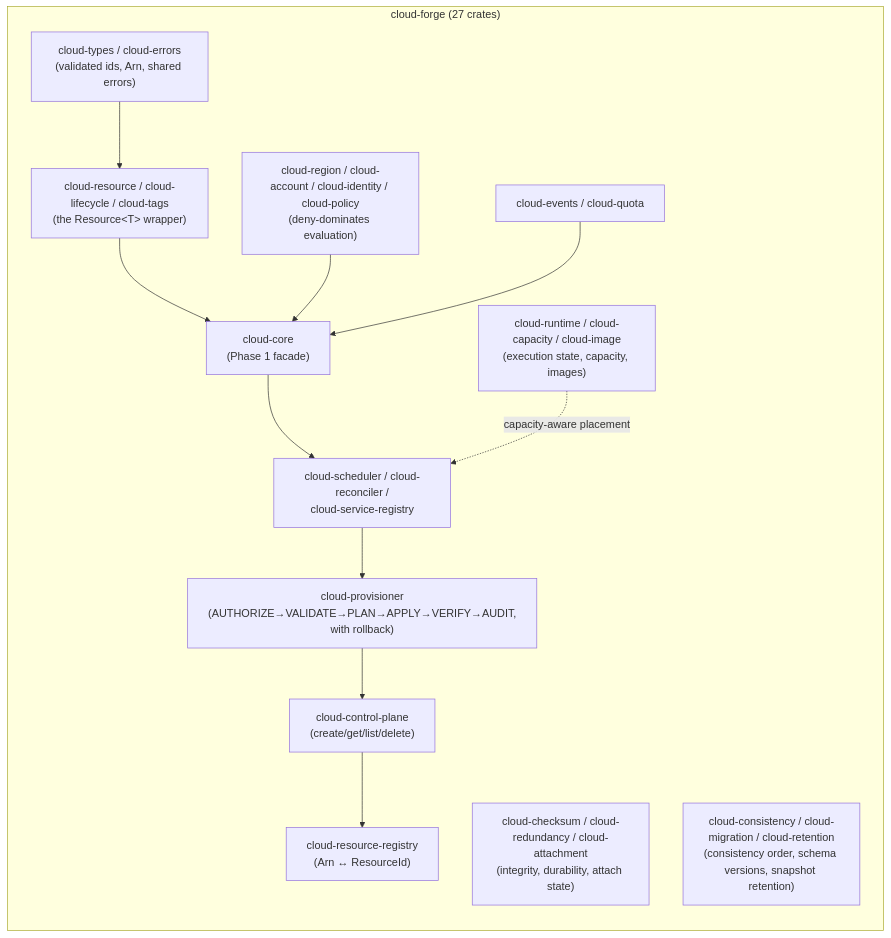
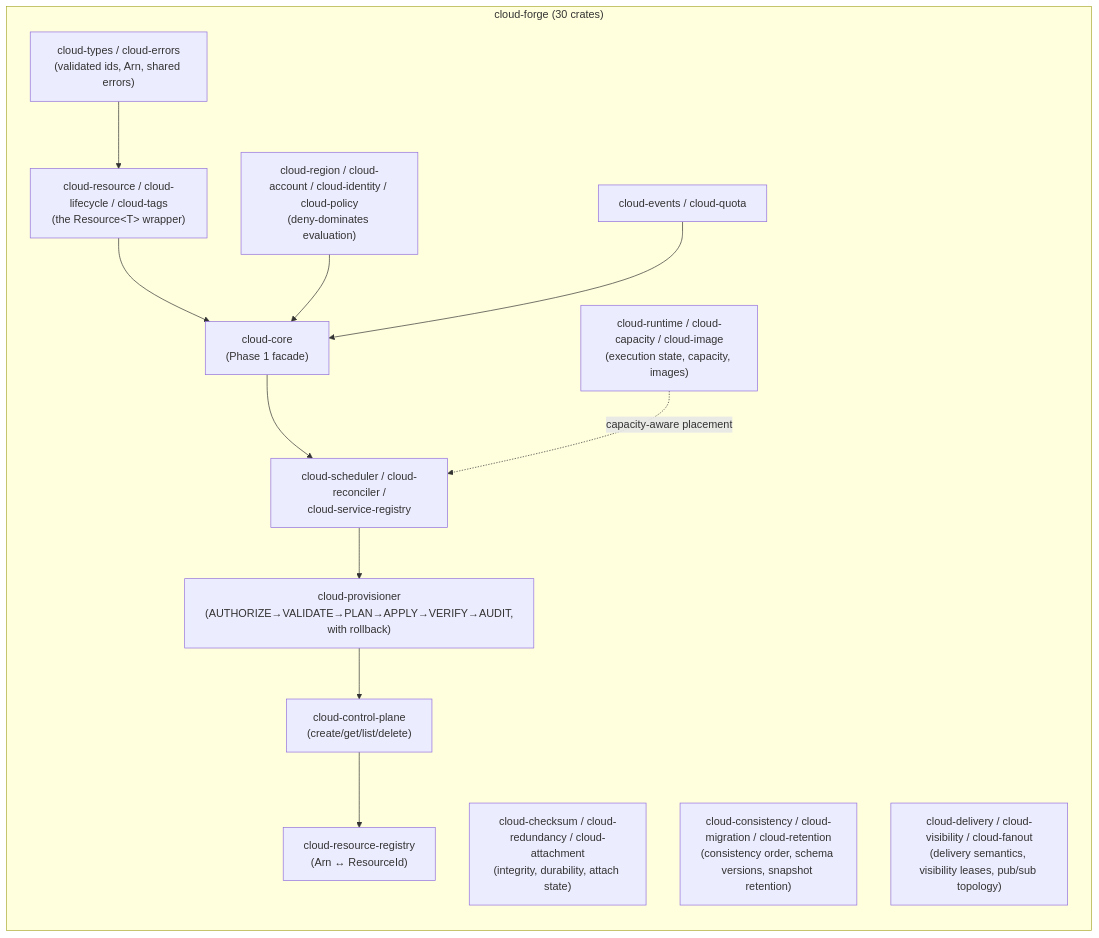
One commit to SNAPKITTYAGENT9NOVA/tlm-jxcl-forge changed the fifth of 5 diagrams in README.md. Above: the diagram before and after it, drawn with Mermaid. The commit also changed other lines of this file and 9 other files, not shown here.

First line of the commit message:
cloud-forge: Phase 7, messaging primitives

````diff
--- a/README.md
+++ b/README.md
@@ -405,24 +407,25 @@
 ```mermaid
 flowchart LR
-    subgraph cf["cloud-forge (27 crates)"]
+    subgraph cf["cloud-forge (30 crates)"]
         direction TB
         types["cloud-types / cloud-errors<br/>(validated ids, Arn, shared errors)"]
         model["cloud-resource / cloud-lifecycle / cloud-tags<br/>(the Resource&lt;T&gt; wrapper)"]
         access["cloud-region / cloud-account / cloud-identity / cloud-policy<br/>(deny-dominates evaluation)"]
         ops["cloud-events / cloud-quota"]
         core["cloud-core<br/>(Phase 1 facade)"]
         control["cloud-scheduler / cloud-reconciler /<br/>cloud-service-registry"]
         pipeline["cloud-provisioner<br/>(AUTHORIZE→VALIDATE→PLAN→APPLY→VERIFY→AUDIT,<br/>with rollback)"]
         plane["cloud-control-plane<br/>(create/get/list/delete)"]
         names["cloud-resource-registry<br/>(Arn ↔ ResourceId)"]
         compute["cloud-runtime / cloud-capacity / cloud-image<br/>(execution state, capacity, images)"]
         storage["cloud-checksum / cloud-redundancy / cloud-attachment<br/>(integrity, durability, attach state)"]
         database["cloud-consistency / cloud-migration / cloud-retention<br/>(consistency order, schema versions, snapshot retention)"]
+        messaging["cloud-delivery / cloud-visibility / cloud-fanout<br/>(delivery semantics, visibility leases, pub/sub topology)"]
         types --> model --> core
         access --> core
         ops --> core
         core --> control --> pipeline --> plane
         plane --> names
         compute -.capacity-aware placement.-> control
     end
 ```
````
